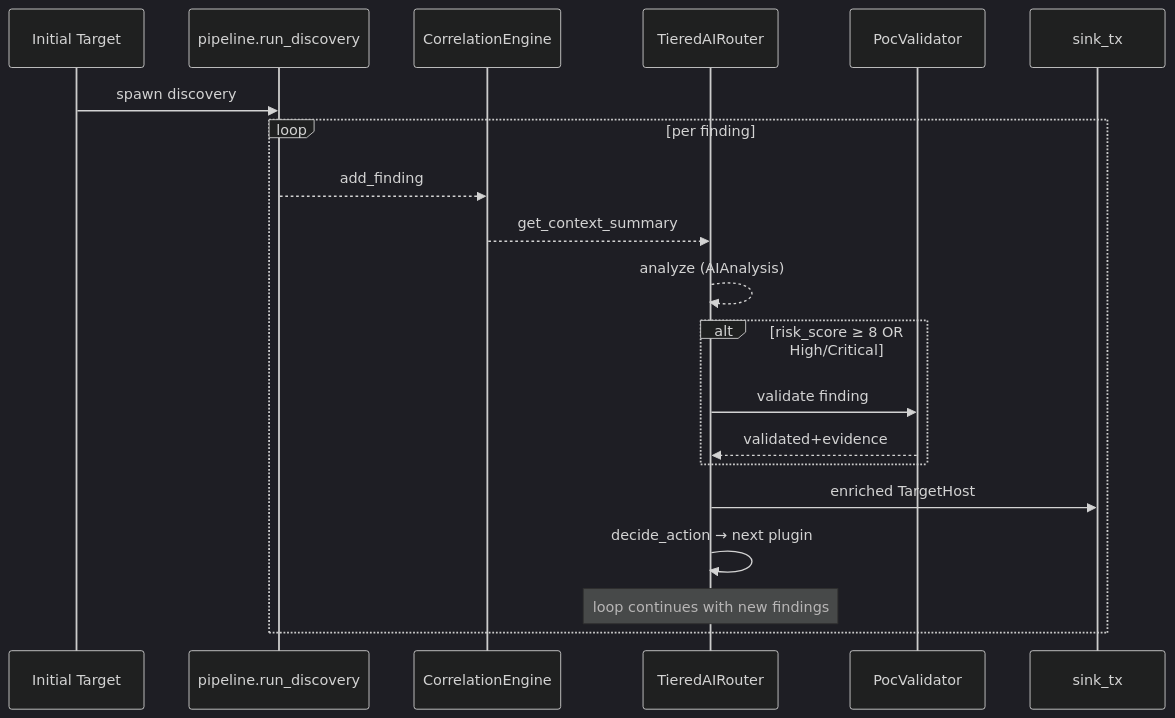
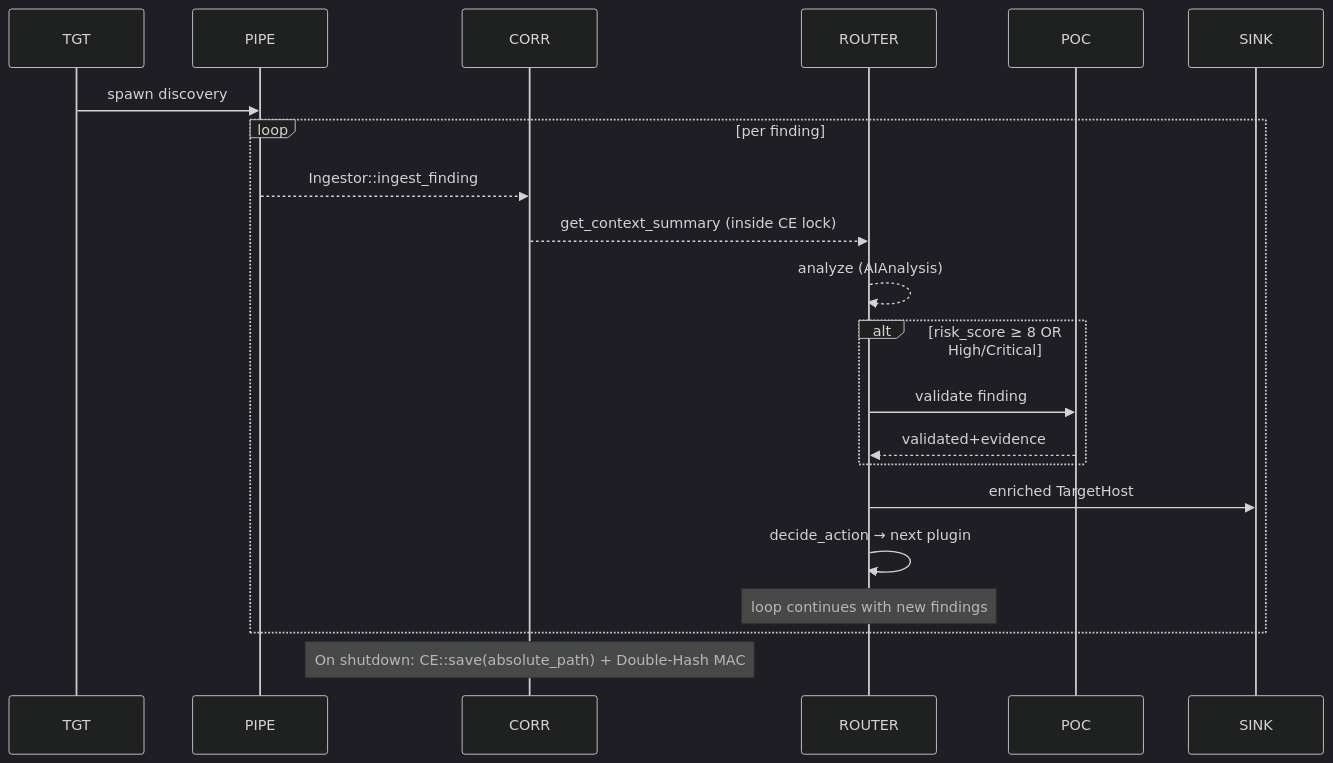
Before and after one commit to kripiman/OsintUltimate: the seventh of 9 diagrams in redteam_rust_core/DOCS/ARCHITECTURE.md, drawn with Mermaid (dark theme). The commit also changed other lines of this file and 44 other files, not shown here.

Commit message:
feat: expand plugin architecture with AzureHound, JWKS discovery, and JWT forging, and integrate NVD monitoring into swarm intelligence.

````diff
--- a/redteam_rust_core/DOCS/ARCHITECTURE.md
+++ b/redteam_rust_core/DOCS/ARCHITECTURE.md
@@ -203,23 +203,17 @@
 ```mermaid
 sequenceDiagram
-    participant TGT as Initial Target
-    participant PIPE as pipeline.run_discovery
-    participant CORR as CorrelationEngine
-    participant ROUTER as TieredAIRouter
-    participant POC as PocValidator
-    participant SINK as sink_tx
-
     TGT->>PIPE: spawn discovery
     loop per finding
-        PIPE-->>CORR: add_finding
-        CORR-->>ROUTER: get_context_summary
+        PIPE-->>CORR: Ingestor::ingest_finding
+        CORR-->>ROUTER: get_context_summary (inside CE lock)
         ROUTER-->>ROUTER: analyze (AIAnalysis)
         alt risk_score ≥ 8 OR High/Critical
             ROUTER->>POC: validate finding
             POC-->>ROUTER: validated+evidence
         end
         ROUTER->>SINK: enriched TargetHost
         ROUTER->>ROUTER: decide_action → next plugin
         Note over ROUTER: loop continues with new findings
     end
+    Note over CORR: On shutdown: CE::save(absolute_path) + Double-Hash MAC
 ```
````
